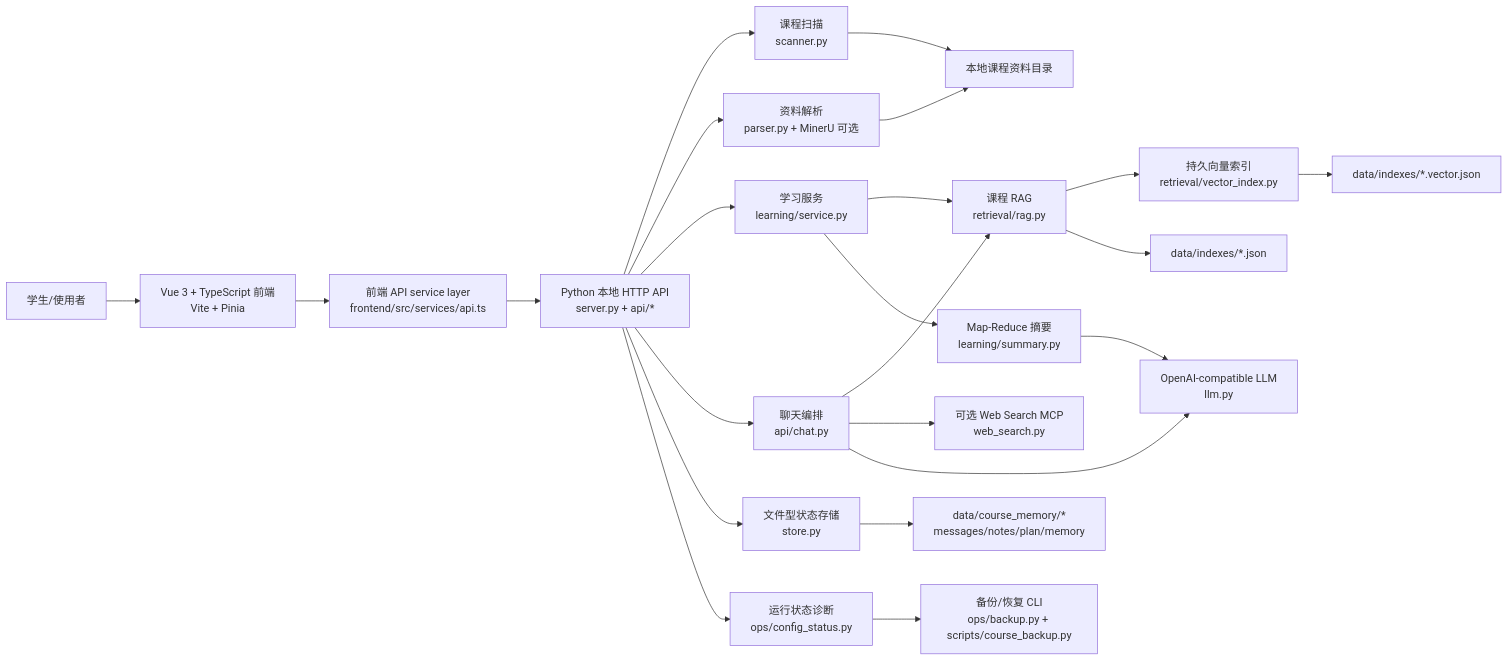
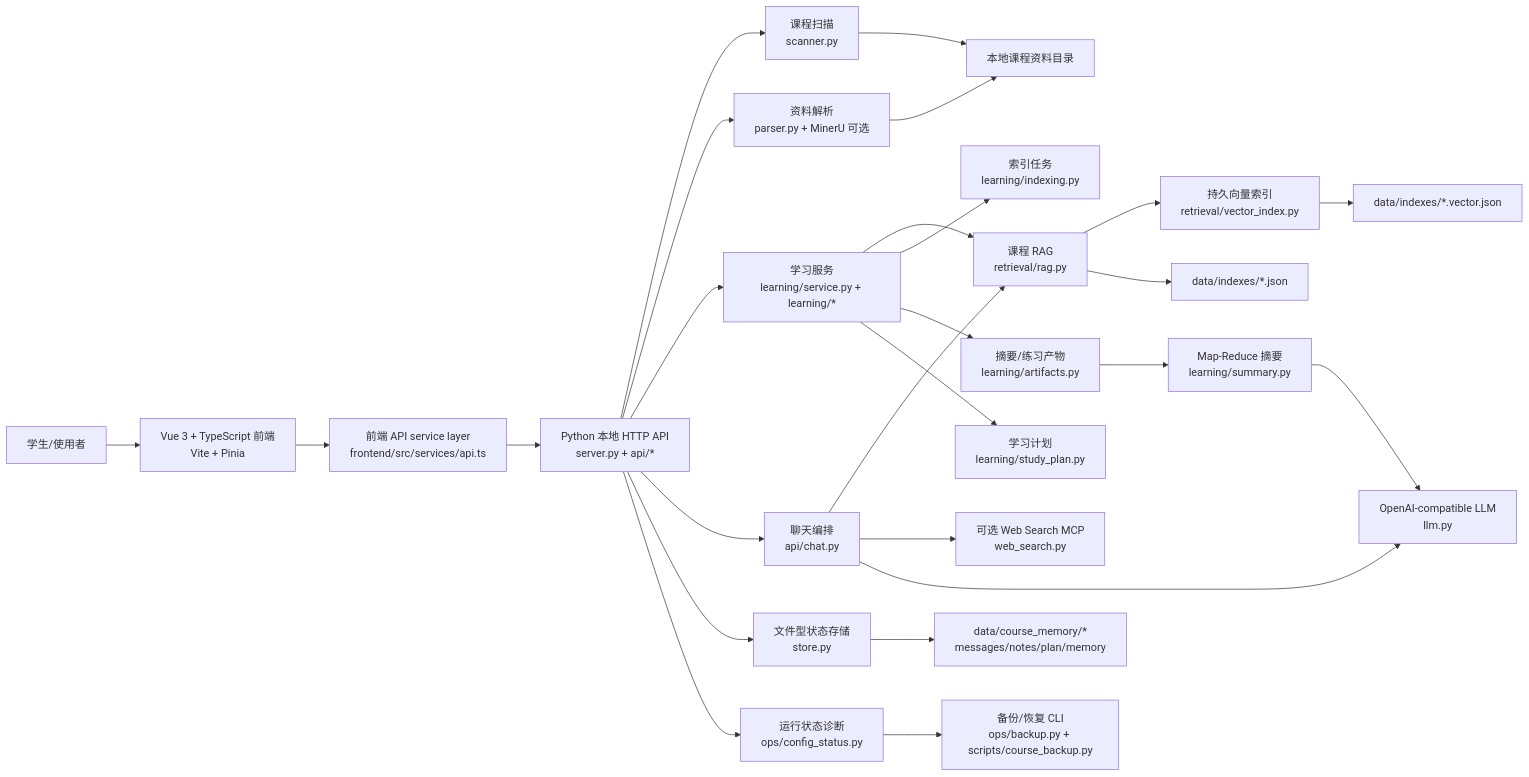
The first of 9 diagrams in docs/系统设计.md (LuMH1027/ai-learn-assistant), drawn with Mermaid before and after one commit. The commit also changed other lines of this file and 7 other files, not shown here.

Commit message:
Split learning service responsibilities

````diff
--- a/docs/系统设计.md
+++ b/docs/系统设计.md
@@ -7,28 +7,31 @@
 ```mermaid
 flowchart LR
     User["学生/使用者"] --> Browser["Vue 3 + TypeScript 前端<br/>Vite + Pinia"]
     Browser --> FrontApi["前端 API service layer<br/>frontend/src/services/api.ts"]
     FrontApi --> API["Python 本地 HTTP API<br/>server.py + api/*"]
 
     API --> Scanner["课程扫描<br/>scanner.py"]
     API --> Parser["资料解析<br/>parser.py + MinerU 可选"]
-    API --> Learning["学习服务<br/>learning/service.py"]
+    API --> Learning["学习服务<br/>learning/service.py + learning/*"]
     API --> Chat["聊天编排<br/>api/chat.py"]
     API --> Store["文件型状态存储<br/>store.py"]
     API --> Ops["运行状态诊断<br/>ops/config_status.py"]
 
     Learning --> RAG["课程 RAG<br/>retrieval/rag.py"]
     Chat --> RAG
     Chat --> WebSearch["可选 Web Search MCP<br/>web_search.py"]
     Chat --> LLM["OpenAI-compatible LLM<br/>llm.py"]
-    Learning --> Summary["Map-Reduce 摘要<br/>learning/summary.py"]
+    Learning --> Indexing["索引任务<br/>learning/indexing.py"]
+    Learning --> Artifacts["摘要/练习产物<br/>learning/artifacts.py"]
+    Learning --> StudyPlan["学习计划<br/>learning/study_plan.py"]
+    Artifacts --> Summary["Map-Reduce 摘要<br/>learning/summary.py"]
     Summary --> LLM
     RAG --> Vector["持久向量索引<br/>retrieval/vector_index.py"]
 
     Scanner --> CourseFiles["本地课程资料目录"]
     Parser --> CourseFiles
     Store --> DataFiles["data/course_memory/*<br/>messages/notes/plan/memory"]
     RAG --> JsonIndex["data/indexes/*.json"]
     Vector --> VectorIndex["data/indexes/*.vector.json"]
     Ops --> Backup["备份/恢复 CLI<br/>ops/backup.py + scripts/course_backup.py"]
 ```
````
